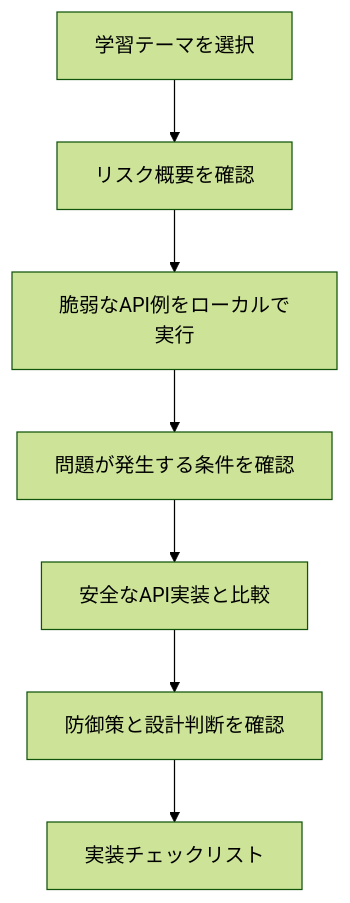
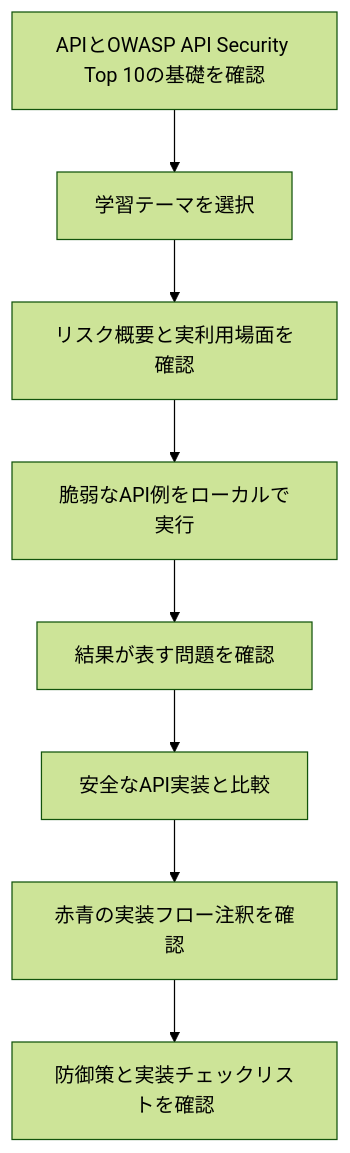
Before and after one commit to kiryu1211/api-security-lab-platform: the diagram in docs/proposal.ja.md, drawn with Mermaid (forest theme). The commit also changed other lines of this file and 13 other files, not shown here.

````diff
--- a/docs/proposal.ja.md
+++ b/docs/proposal.ja.md
@@ -37,9 +37,10 @@
 ```mermaid
 flowchart TD
-    A[学習テーマを選択] --> B[リスク概要を確認]
-    B --> C[脆弱なAPI例をローカルで実行]
-    C --> D[問題が発生する条件を確認]
-    D --> E[安全なAPI実装と比較]
-    E --> F[防御策と設計判断を確認]
-    F --> G[実装チェックリスト]
+    A[APIとOWASP API Security Top 10の基礎を確認] --> B[学習テーマを選択]
+    B --> C[リスク概要と実利用場面を確認]
+    C --> D[脆弱なAPI例をローカルで実行]
+    D --> E[結果が表す問題を確認]
+    E --> F[安全なAPI実装と比較]
+    F --> G[赤青の実装フロー注釈を確認]
+    G --> H[防御策と実装チェックリストを確認]
 ```
````
